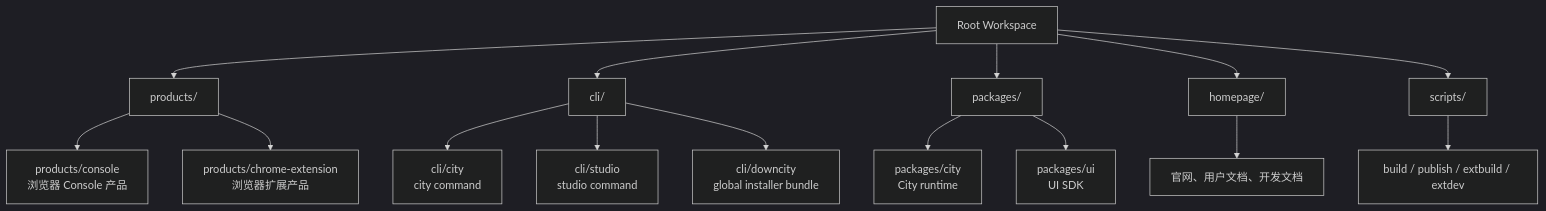
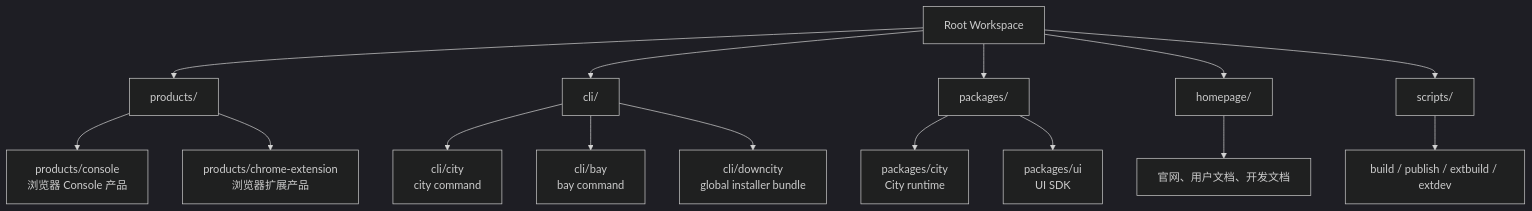
One commit to wangenius/downcity changed the first of 4 diagrams in homepage/content/devdocs/zh/architecture/workspace-package-structure.mdx. Above: the diagram before and after it, drawn with Mermaid (dark theme). The commit also changed other lines of this file and 299 other files, not shown here.

Commit message:
feat(city): rename studio domain to bay

````diff
--- a/homepage/content/devdocs/zh/architecture/workspace-package-structure.mdx
+++ b/homepage/content/devdocs/zh/architecture/workspace-package-structure.mdx
@@ -70,20 +70,20 @@
 ```mermaid
 flowchart TD
-    Root["Root Workspace"] --> Studios["products/"]
+    Root["Root Workspace"] --> Bays["products/"]
     Root --> Cli["cli/"]
     Root --> Packages["packages/"]
     Root --> Homepage["homepage/"]
     Root --> Scripts["scripts/"]
 
-    Studios --> Console["products/console<br/>浏览器 Console 产品"]
-    Studios --> Extension["products/chrome-extension<br/>浏览器扩展产品"]
+    Bays --> Console["products/console<br/>浏览器 Console 产品"]
+    Bays --> Extension["products/chrome-extension<br/>浏览器扩展产品"]
 
     Cli --> CityCli["cli/city<br/>city command"]
-    Cli --> StudioCli["cli/studio<br/>studio command"]
+    Cli --> BayCli["cli/bay<br/>bay command"]
     Cli --> Bundle["cli/downcity<br/>global installer bundle"]
     Packages --> Runtime["packages/city<br/>City runtime"]
     Packages --> UI["packages/ui<br/>UI SDK"]
 
     Homepage --> Site["官网、用户文档、开发文档"]
     Scripts --> Build["build / publish / extbuild / extdev"]
 ```
````
